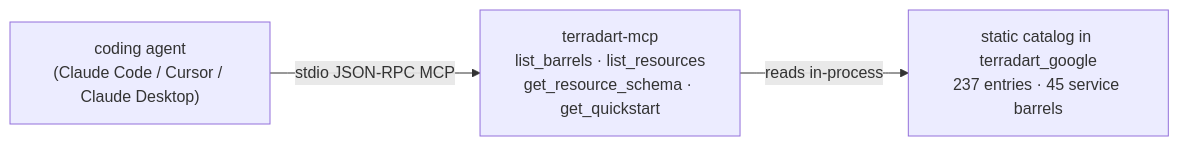
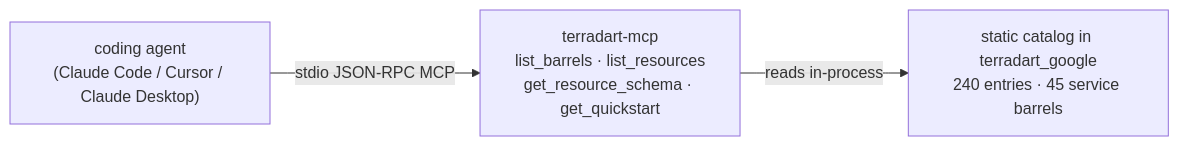
One commit to nozomi-koborinai/terradart changed the diagram in website/src/content/docs/docs/agent/index.md. Above: the diagram before and after it, drawn with Mermaid. The commit also changed other lines of this file and 31 other files, not shown here.

````diff
--- a/website/src/content/docs/docs/agent/index.md
+++ b/website/src/content/docs/docs/agent/index.md
@@ -12,8 +12,8 @@
 ```mermaid
 graph LR
   agent["coding agent<br/>(Claude Code / Cursor / Claude Desktop)"]
   mcp["terradart-mcp<br/>list_barrels · list_resources<br/>get_resource_schema · get_quickstart"]
-  catalog["static catalog in terradart_google<br/>237 entries · 45 service barrels"]
+  catalog["static catalog in terradart_google<br/>240 entries · 45 service barrels"]
   agent -->|stdio JSON-RPC MCP| mcp
   mcp -->|reads in-process| catalog
 ```
````
